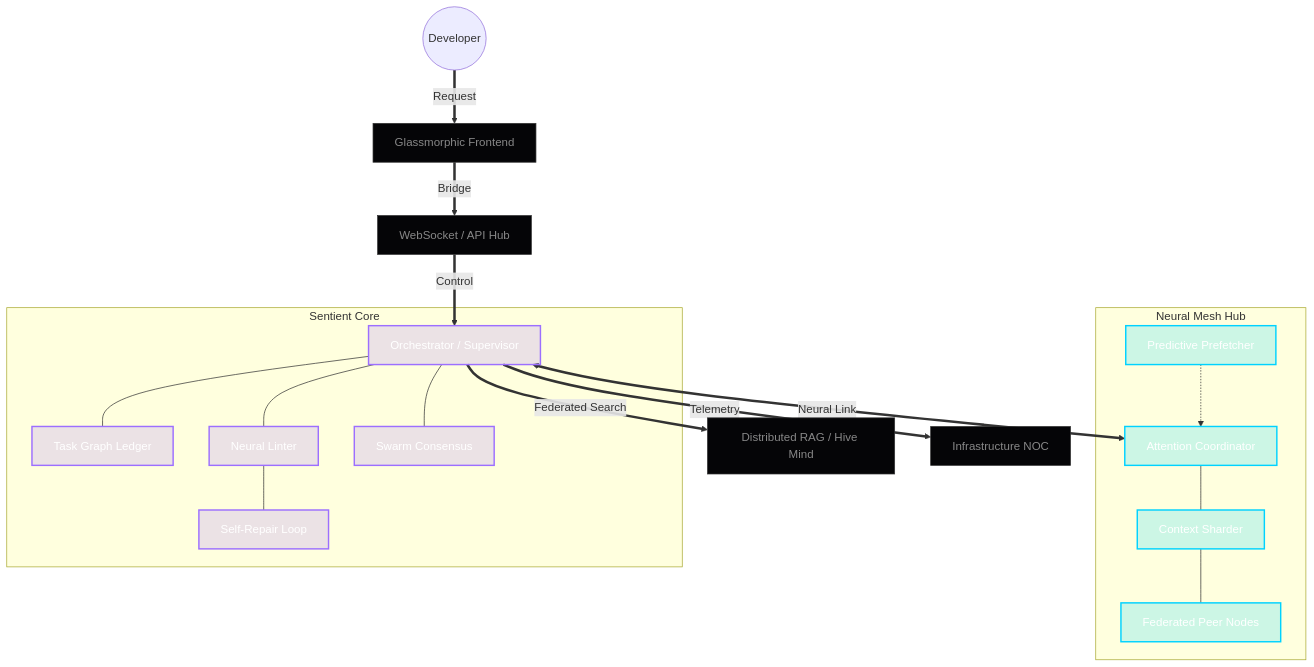
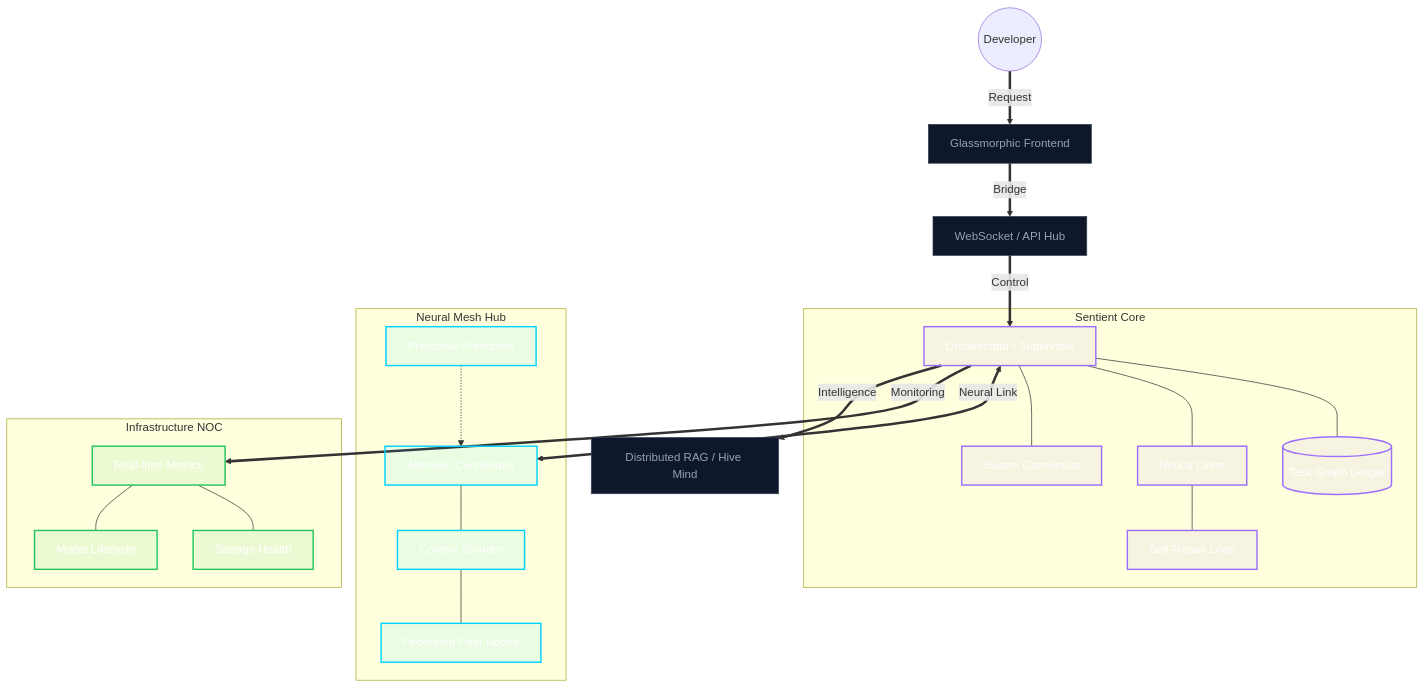
One commit to RaveAgainstTheMachine/neurex changed the diagram in README.md. Above: the diagram before and after it, drawn with Mermaid. The commit also changed other lines of this file, not shown here.

Commit message:
[docs] fix: restore architectural accuracy with stylized Mermaid flowchart

````diff
--- a/README.md
+++ b/README.md
@@ -69,33 +59,57 @@
 ```mermaid
 flowchart TD
-    subgraph "Neural Mesh Hub"
-        POOL[Attention Coordinator] --- SHARD[Context Sharder]
-        SHARD --- PEERS[Federated Peer Nodes]
-        PREFETCH[Predictive Prefetcher] -.-> POOL
+    %% Zones
+    subgraph "Sentient Core"
+        ORCH[Orchestrator / Supervisor]
+        TG[(Task Graph Ledger)]
+        LINT[Neural Linter]
+        CONS[Swarm Consensus]
+        REPAIR[Self-Repair Loop]
     end
 
-    subgraph "Sentient Core"
-        ORCH[Orchestrator / Supervisor] --- TG[Task Graph Ledger]
-        ORCH --- LINT[Neural Linter]
-        LINT --- REPAIR[Self-Repair Loop]
-        ORCH --- CONS[Swarm Consensus]
+    subgraph "Neural Mesh Hub"
+        POOL[Attention Coordinator]
+        SHARD[Context Sharder]
+        PEERS[Federated Peer Nodes]
+        PREFETCH[Predictive Prefetcher]
     end
 
+    subgraph "Infrastructure NOC"
+        TELEMETRY[Real-time Metrics]
+        HEALTH[Storage Health]
+        MODELS[Model Lifecycle]
+    end
+
+    %% IO Layer
     User((Developer)) == Request ==> UI[Glassmorphic Frontend]
     UI == Bridge ==> WS[WebSocket / API Hub]
     WS == Control ==> ORCH
-    
-    ORCH == Federated Search ==> RAG[Distributed RAG / Hive Mind]
-    ORCH == Telemetry ==> NOC[Infrastructure NOC]
+
+    %% Internal Connections
+    ORCH --- TG
+    ORCH --- LINT
+    ORCH --- CONS
+    LINT --- REPAIR
     
     ORCH <== Neural Link ==> POOL
+    POOL --- SHARD
+    SHARD --- PEERS
+    PREFETCH -.-> POOL
 
-    %% Styling
-    classDef core fill:#9c6fff33,stroke:#9c6fff,stroke-width:2px,color:#fff
-    classDef mesh fill:#00d2ff33,stroke:#00d2ff,stroke-width:2px,color:#fff
-    classDef io fill:#050507,stroke:#333,stroke-width:1px,color:#888
-    
-    class ORCH,TG,LINT,REPAIR,CONS core
+    ORCH == Monitoring ==> TELEMETRY
+    TELEMETRY --- HEALTH
+    TELEMETRY --- MODELS
+
+    ORCH == Intelligence ==> RAG[Distributed RAG / Hive Mind]
+
+    %% Professional Styling
+    classDef core fill:#9c6fff15,stroke:#9c6fff,stroke-width:2px,color:#fff
+    classDef mesh fill:#00d2ff15,stroke:#00d2ff,stroke-width:2px,color:#fff
+    classDef infra fill:#22c55e15,stroke:#22c55e,stroke-width:2px,color:#fff
+    classDef io fill:#0f172a,stroke:#334155,stroke-width:1px,color:#94a3b8
+
+    class ORCH,TG,LINT,CONS,REPAIR core
     class POOL,SHARD,PEERS,PREFETCH mesh
-    class UI,WS,RAG,NOC io
+    class TELEMETRY,HEALTH,MODELS infra
+    class UI,WS,RAG io
 ```
````
